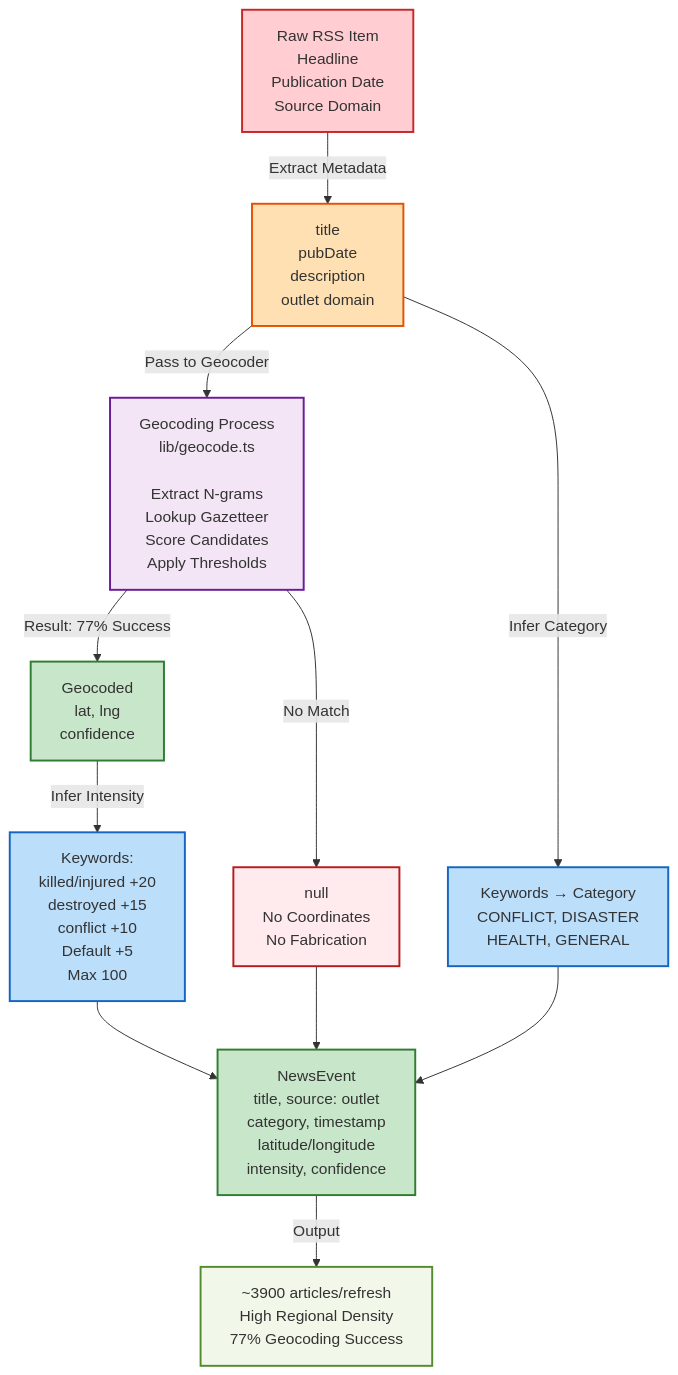
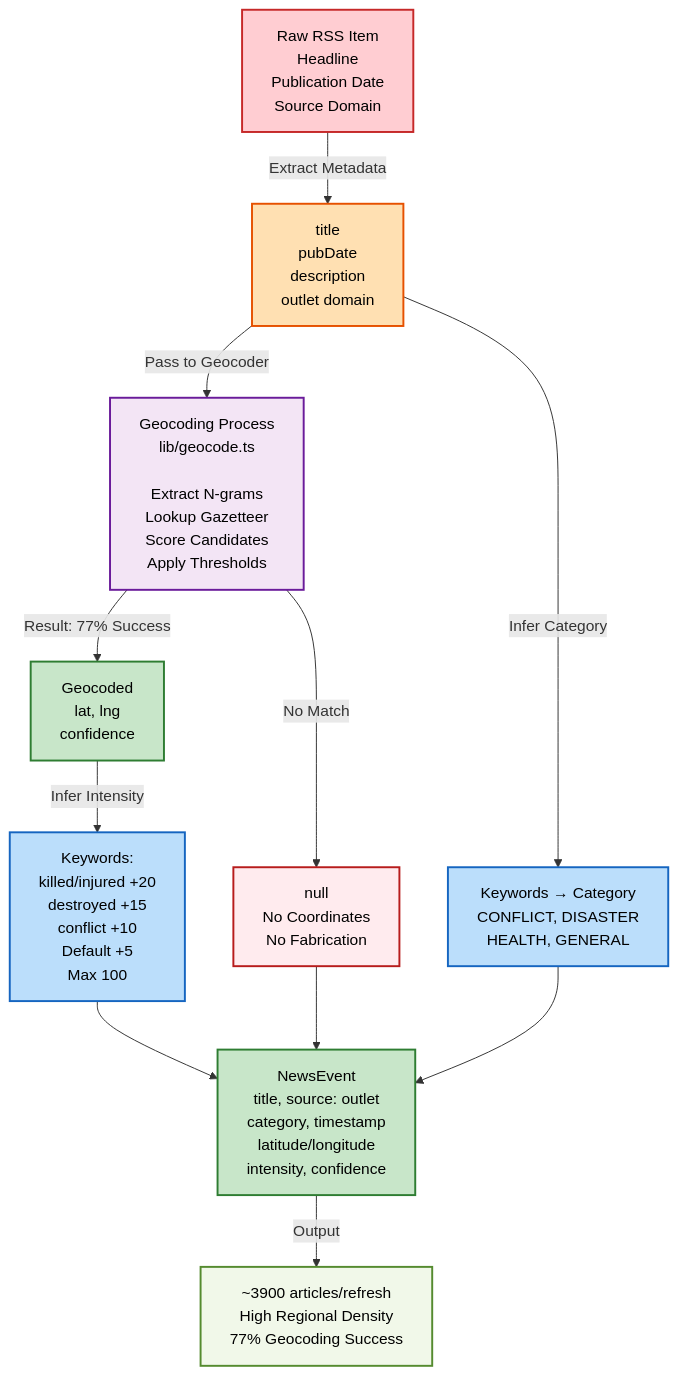
One commit to JyotirmoyDas05/AakashSanchar changed the fourth of 4 diagrams in ARCHITECTURE.md. Above: the diagram before and after it, drawn with Mermaid. The commit also changed other lines of this file and 4 other files, not shown here.

First line of the commit message:
Fix low-contrast text in Mermaid diagrams

````diff
--- a/ARCHITECTURE.md
+++ b/ARCHITECTURE.md
@@ -131,32 +131,32 @@
 ```mermaid
 graph TD
     A["Raw RSS Item<br/>Headline<br/>Publication Date<br/>Source Domain"] -->|Extract Metadata| B["title<br/>pubDate<br/>description<br/>outlet domain"]
     
     B -->|Pass to Geocoder| C["Geocoding Process<br/>lib/geocode.ts<br/><br/>Extract N-grams<br/>Lookup Gazetteer<br/>Score Candidates<br/>Apply Thresholds"]
     
     C -->|Result: 77% Success| D["Geocoded<br/>lat, lng<br/>confidence"]
     
     C -->|No Match| E["null<br/>No Coordinates<br/>No Fabrication"]
     
     D -->|Infer Intensity| F["Keywords:<br/>killed/injured +20<br/>destroyed +15<br/>conflict +10<br/>Default +5<br/>Max 100"]
     
     B -->|Infer Category| G["Keywords → Category<br/>CONFLICT, DISASTER<br/>HEALTH, GENERAL"]
     
     F --> H["NewsEvent<br/>title, source: outlet<br/>category, timestamp<br/>latitude/longitude<br/>intensity, confidence"]
     
     E --> H
     
     G --> H
     
     H -->|Output| I["~3900 articles/refresh<br/>High Regional Density<br/>77% Geocoding Success"]
     
-    style A fill:#ffcdd2,stroke:#c62828,stroke-width:2px
-    style B fill:#ffe0b2,stroke:#e65100,stroke-width:2px
-    style C fill:#f3e5f5,stroke:#6a1b9a,stroke-width:2px
-    style D fill:#c8e6c9,stroke:#2e7d32,stroke-width:2px
-    style E fill:#ffebee,stroke:#b71c1c,stroke-width:2px
-    style F fill:#bbdefb,stroke:#1565c0,stroke-width:2px
-    style G fill:#bbdefb,stroke:#1565c0,stroke-width:2px
-    style H fill:#c8e6c9,stroke:#2e7d32,stroke-width:2px
-    style I fill:#f1f8e9,stroke:#558b2f,stroke-width:2px
+    style A fill:#ffcdd2,stroke:#c62828,stroke-width:2px,color:#000000
+    style B fill:#ffe0b2,stroke:#e65100,stroke-width:2px,color:#000000
+    style C fill:#f3e5f5,stroke:#6a1b9a,stroke-width:2px,color:#000000
+    style D fill:#c8e6c9,stroke:#2e7d32,stroke-width:2px,color:#000000
+    style E fill:#ffebee,stroke:#b71c1c,stroke-width:2px,color:#000000
+    style F fill:#bbdefb,stroke:#1565c0,stroke-width:2px,color:#000000
+    style G fill:#bbdefb,stroke:#1565c0,stroke-width:2px,color:#000000
+    style H fill:#c8e6c9,stroke:#2e7d32,stroke-width:2px,color:#000000
+    style I fill:#f1f8e9,stroke:#558b2f,stroke-width:2px,color:#000000
 ```
````
